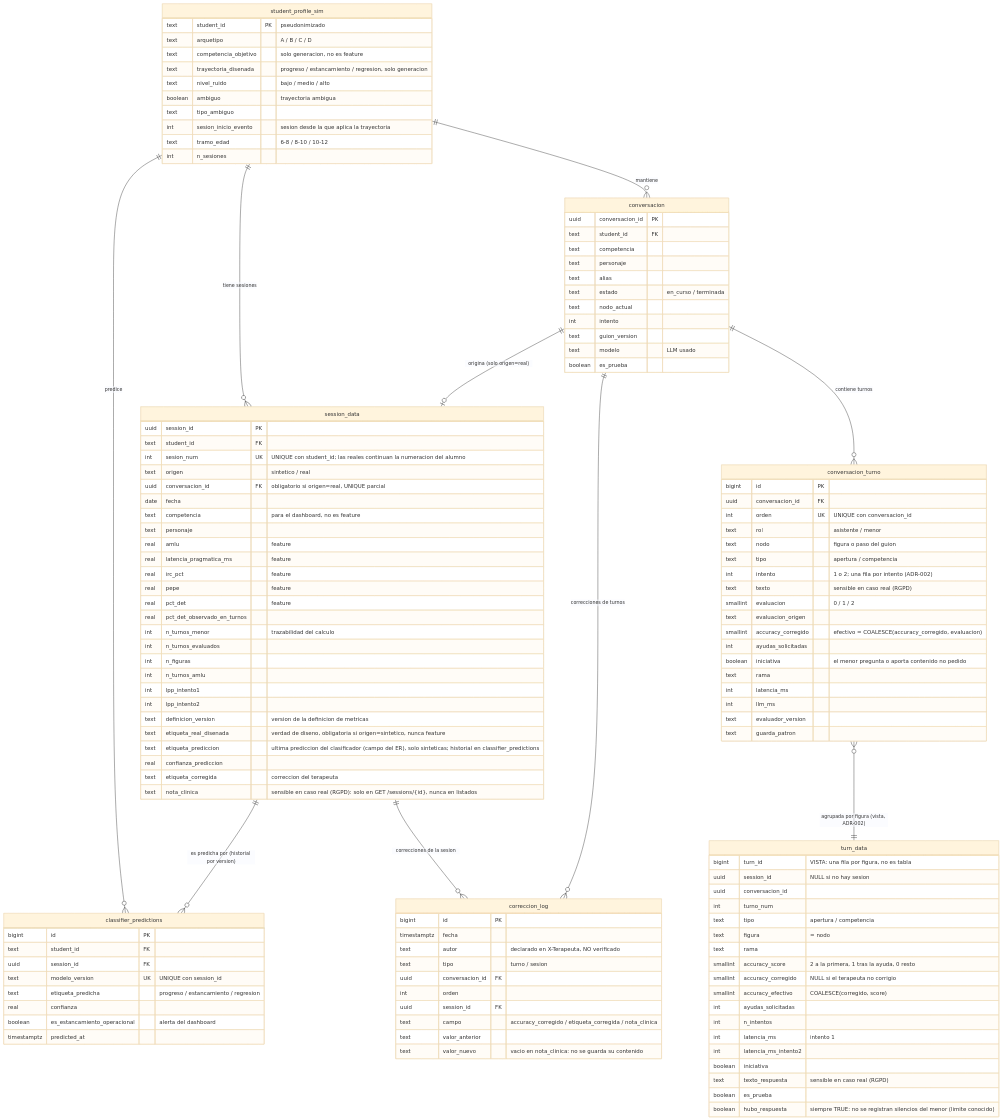
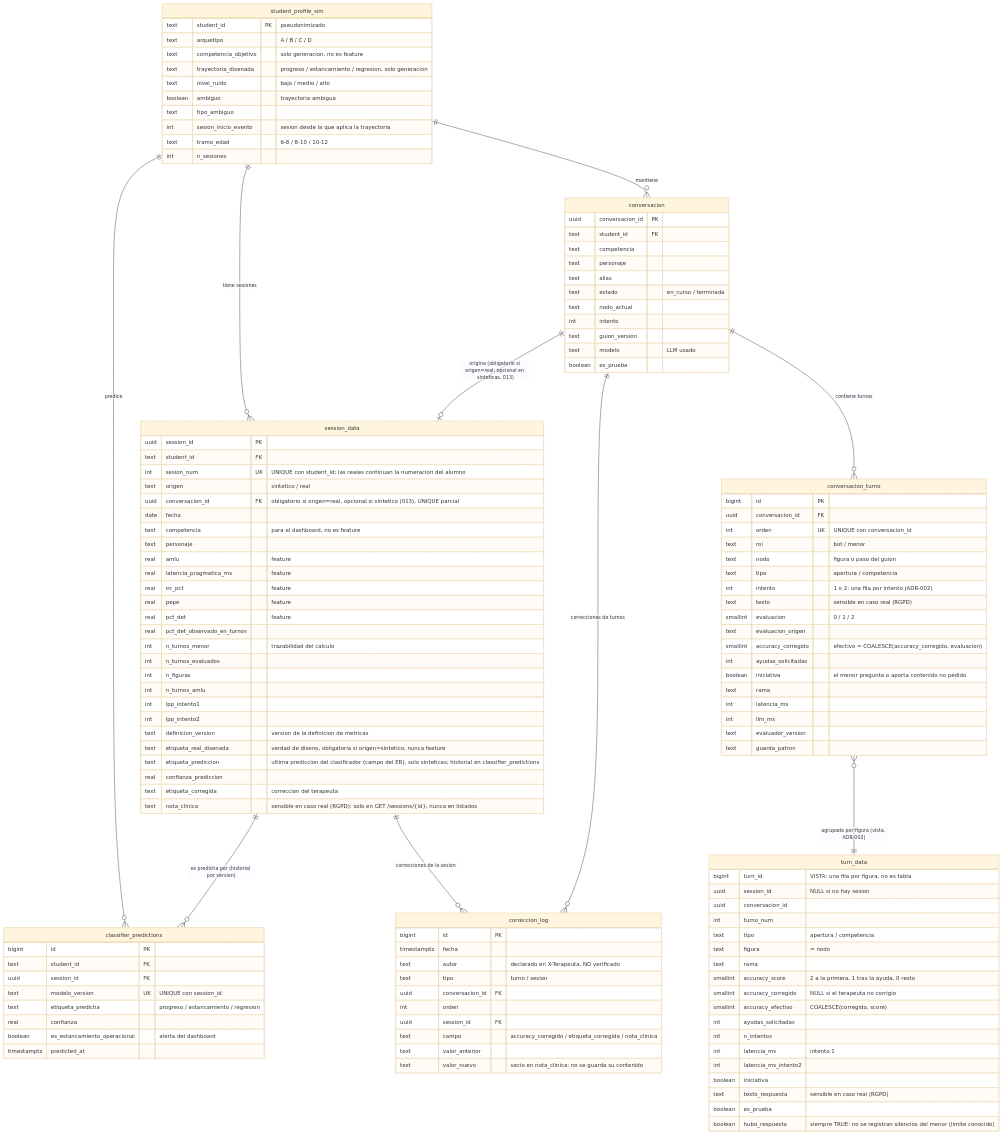
The diagram in docs/er_v2.mmd (MarcosExp/Social-Sim-Chat), drawn with Mermaid (base theme) before and after one commit. The commit also changed 11 other files, not shown here.

```diff
--- a/docs/er_v2.mmd
+++ b/docs/er_v2.mmd
@@ -1,132 +1,132 @@
 erDiagram
     student_profile_sim ||--o{ session_data : "tiene sesiones"
     student_profile_sim ||--o{ conversacion : "mantiene"
-    conversacion ||--o| session_data : "origina (solo origen=real)"
+    conversacion ||--o| session_data : "origina (obligatorio si origen=real; opcional en sinteticas, 013)"
     conversacion ||--o{ conversacion_turno : "contiene turnos"
     conversacion_turno }o--|| turn_data : "agrupada por figura (vista, ADR-002)"
     student_profile_sim ||--o{ classifier_predictions : "predice"
     session_data ||--o{ classifier_predictions : "es predicha por (historial por version)"
     session_data ||--o{ correccion_log : "correcciones de la sesion"
     conversacion ||--o{ correccion_log : "correcciones de turnos"
 
     student_profile_sim {
         text student_id PK "pseudonimizado"
         text arquetipo "A / B / C / D"
         text competencia_objetivo "solo generacion, no es feature"
         text trayectoria_disenada "progreso / estancamiento / regresion, solo generacion"
         text nivel_ruido "bajo / medio / alto"
         boolean ambiguo "trayectoria ambigua"
         text tipo_ambiguo
         int sesion_inicio_evento "sesion desde la que aplica la trayectoria"
         text tramo_edad "6-8 / 8-10 / 10-12"
         int n_sesiones
     }
 
     session_data {
         uuid session_id PK
         text student_id FK
         int sesion_num UK "UNIQUE con student_id; las reales continuan la numeracion del alumno"
         text origen "sintetico / real"
-        uuid conversacion_id FK "obligatorio si origen=real, UNIQUE parcial"
+        uuid conversacion_id FK "obligatorio si origen=real, opcional si sintetico (013), UNIQUE parcial"
         date fecha
         text competencia "para el dashboard, no es feature"
         text personaje
         real amlu "feature"
         real latencia_pragmatica_ms "feature"
         real irc_pct "feature"
         real pepe "feature"
         real pct_det "feature"
         real pct_det_observado_en_turnos
         int n_turnos_menor "trazabilidad del calculo"
         int n_turnos_evaluados
         int n_figuras
         int n_turnos_amlu
         int lpp_intento1
         int lpp_intento2
         text definicion_version "version de la definicion de metricas"
         text etiqueta_real_disenada "verdad de diseno, obligatoria si origen=sintetico, nunca feature"
         text etiqueta_prediccion "ultima prediccion del clasificador (campo del ER), solo sinteticas; historial en classifier_predictions"
         real confianza_prediccion
         text etiqueta_corregida "correccion del terapeuta"
         text nota_clinica "sensible en caso real (RGPD): solo en GET /sessions/{id}, nunca en listados"
     }
 
     classifier_predictions {
         bigint id PK
         text student_id FK
         uuid session_id FK
         text modelo_version UK "UNIQUE con session_id"
         text etiqueta_predicha "progreso / estancamiento / regresion"
         real confianza
         boolean es_estancamiento_operacional "alerta del dashboard"
         timestamptz predicted_at
     }
 
     conversacion {
         uuid conversacion_id PK
         text student_id FK
         text competencia
         text personaje
         text alias
         text estado "en_curso / terminada"
         text nodo_actual
         int intento
         text guion_version
         text modelo "LLM usado"
         boolean es_prueba
     }
 
     correccion_log {
         bigint id PK
         timestamptz fecha
         text autor "declarado en X-Terapeuta, NO verificado"
         text tipo "turno / sesion"
         uuid conversacion_id FK
         int orden
         uuid session_id FK
         text campo "accuracy_corregido / etiqueta_corregida / nota_clinica"
         text valor_anterior
         text valor_nuevo "vacio en nota_clinica: no se guarda su contenido"
     }
 
     conversacion_turno {
         bigint id PK
         uuid conversacion_id FK
         int orden UK "UNIQUE con conversacion_id"
-        text rol "asistente / menor"
+        text rol "bot / menor"
         text nodo "figura o paso del guion"
         text tipo "apertura / competencia"
         int intento "1 o 2; una fila por intento (ADR-002)"
         text texto "sensible en caso real (RGPD)"
         smallint evaluacion "0 / 1 / 2"
         text evaluacion_origen
         smallint accuracy_corregido "efectivo = COALESCE(accuracy_corregido, evaluacion)"
         int ayudas_solicitadas
         boolean iniciativa "el menor pregunta o aporta contenido no pedido"
         text rama
         int latencia_ms
         int llm_ms
         text evaluador_version
         text guarda_patron
     }
 
     turn_data {
         bigint turn_id "VISTA: una fila por figura, no es tabla"
         uuid session_id "NULL si no hay sesion"
         uuid conversacion_id
         int turno_num
         text tipo "apertura / competencia"
         text figura "= nodo"
         text rama
         smallint accuracy_score "2 a la primera, 1 tras la ayuda, 0 resto"
         smallint accuracy_corregido "NULL si el terapeuta no corrigio"
         smallint accuracy_efectivo "COALESCE(corregido, score)"
         int ayudas_solicitadas
         int n_intentos
         int latencia_ms "intento 1"
         int latencia_ms_intento2
         boolean iniciativa
         text texto_respuesta "sensible en caso real (RGPD)"
         boolean es_prueba
         boolean hubo_respuesta "siempre TRUE: no se registran silencios del menor (limite conocido)"
     }
```
